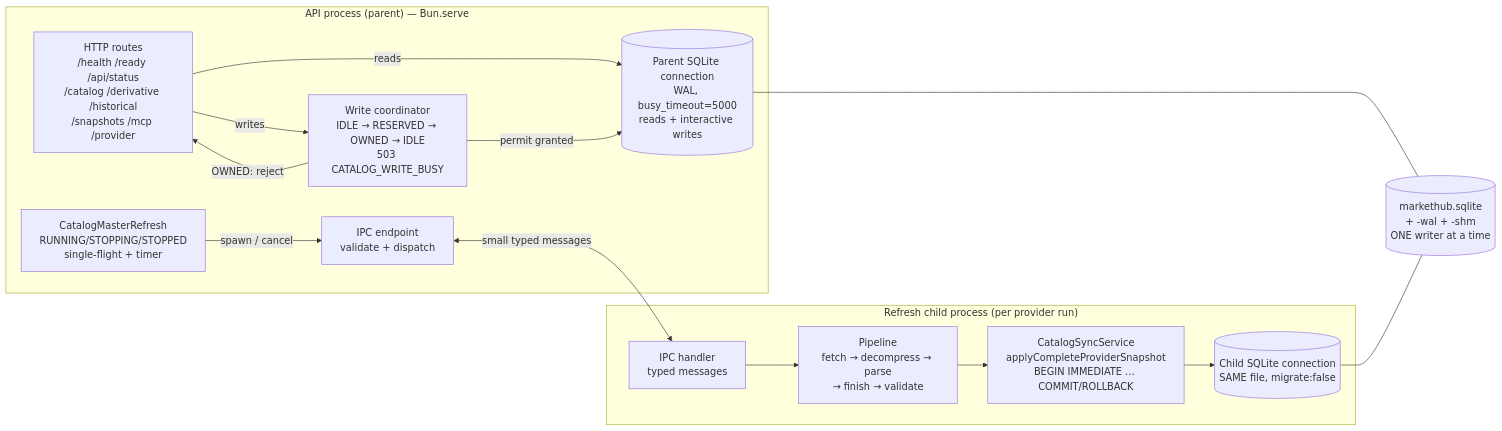
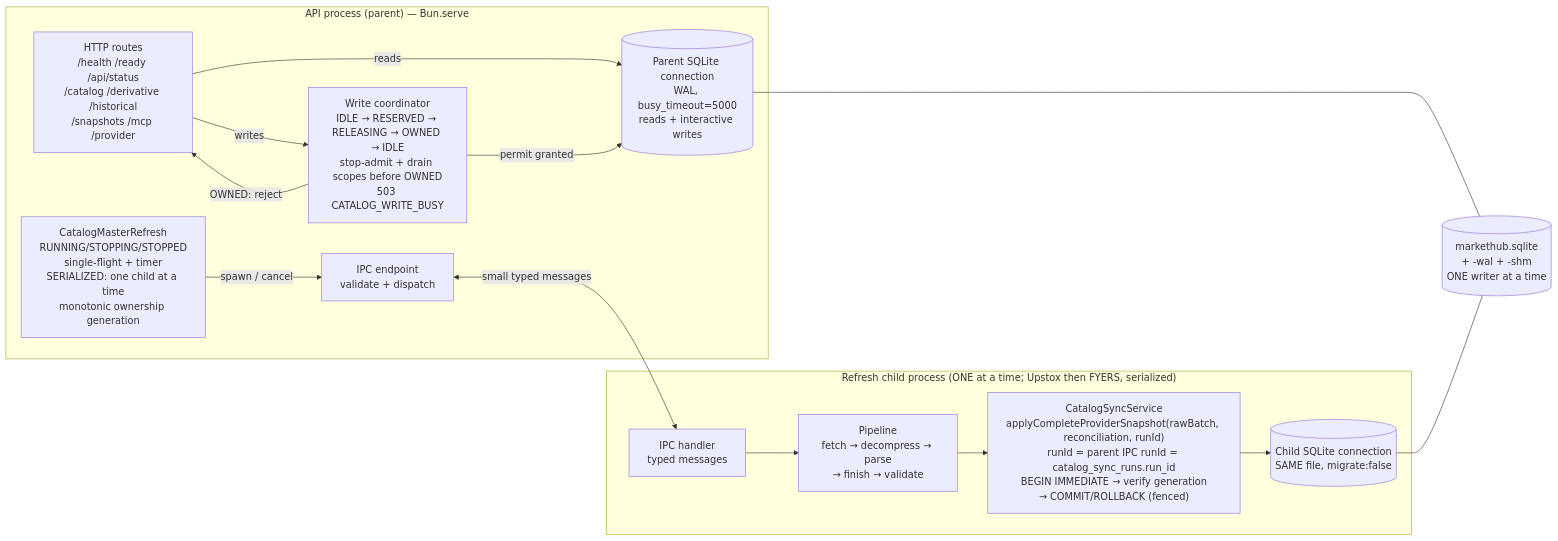
One commit to Rajendertyagi/MarketHubTS changed the diagram in docs/G0_CHILD_PROCESS_ARCHITECTURE_PLAN.md. Above: the diagram before and after it, drawn with Mermaid. The commit also changed other lines of this file, not shown here.

First line of the commit message:
docs: finalize G0 plan with ownership and recovery enforceability fixes

````diff
--- a/docs/G0_CHILD_PROCESS_ARCHITECTURE_PLAN.md
+++ b/docs/G0_CHILD_PROCESS_ARCHITECTURE_PLAN.md
@@ -133,29 +144,29 @@
 ```mermaid
 flowchart LR
   subgraph API["API process (parent) — Bun.serve"]
     HTTP["HTTP routes\n/health /ready /api/status\n/catalog /derivative /historical\n/snapshots /mcp /provider"]
-    COORD["Write coordinator\nIDLE → RESERVED → OWNED → IDLE\n503 CATALOG_WRITE_BUSY"]
-    OWNER["CatalogMasterRefresh\nRUNNING/STOPPING/STOPPED\nsingle-flight + timer"]
+    COORD["Write coordinator\nIDLE → RESERVED → RELEASING → OWNED → IDLE\nstop-admit + drain scopes before OWNED\n503 CATALOG_WRITE_BUSY"]
+    OWNER["CatalogMasterRefresh\nRUNNING/STOPPING/STOPPED\nsingle-flight + timer\nSERIALIZED: one child at a time\nmonotonic ownership generation"]
     IPC["IPC endpoint\nvalidate + dispatch"]
     PDB[("Parent SQLite connection\nWAL, busy_timeout=5000\nreads + interactive writes")]
   end
 
-  subgraph CHILD["Refresh child process (per provider run)"]
+  subgraph CHILD["Refresh child process (ONE at a time; Upstox then FYERS, serialized)"]
     CIPC["IPC handler\ntyped messages"]
     PIPE["Pipeline\nfetch → decompress → parse\n→ finish → validate"]
-    APPLY["CatalogSyncService\napplyCompleteProviderSnapshot\nBEGIN IMMEDIATE … COMMIT/ROLLBACK"]
+    APPLY["CatalogSyncService\napplyCompleteProviderSnapshot(rawBatch, reconciliation, runId)\nrunId = parent IPC runId = catalog_sync_runs.run_id\nBEGIN IMMEDIATE → verify generation\n→ COMMIT/ROLLBACK (fenced)"]
     CDB[("Child SQLite connection\nSAME file, migrate:false")]
   end
 
   DB[("markethub.sqlite\n+ -wal + -shm\nONE writer at a time")]
 
   HTTP -->|reads| PDB
   HTTP -->|writes| COORD
   COORD -->|permit granted| PDB
   COORD -->|OWNED: reject| HTTP
   OWNER -->|spawn / cancel| IPC
   IPC <-->|small typed messages| CIPC
   CIPC --> PIPE --> APPLY --> CDB
   PDB --- DB
   CDB --- DB
 ```
````
